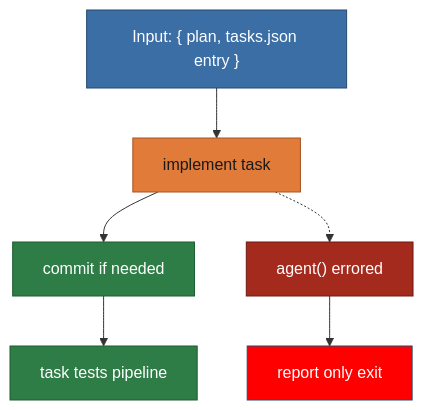
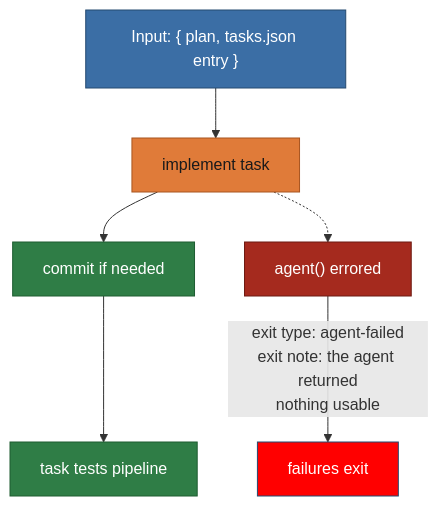
Before and after one commit to matkatmusic/taskTools: the diagram in plans/diagram/pipeline-implement.mmd, drawn with Mermaid. The commit also changed 6 other files, not shown here.

Commit message:
more pipeline diagram updates

```diff
--- a/plans/diagram/pipeline-implement.mmd
+++ b/plans/diagram/pipeline-implement.mmd
@@ -1,46 +1,49 @@
 flowchart TB
 %% IMPLEMENT PIPELINE. Split from pipeline-implementTest.mmd.
 %% Input: an accepted plan from the review plan pipeline.
 %% One job: write the code and commit it.
 %% Starts at "implement task". Ends with committed work.
 %% Rules that apply everywhere, not steps:
 %%   1. Every git interaction goes through a script. Never prose.
 %%   2. Every read and write of tasks.json is atomic.
 %%   3. Never update a test that was not created in this task's worktree,
 %%      unless that test is broken or asserts nothing.
 %%   4. "commit if needed" commits nothing when the worktree is clean.
 %%   5. The implementor reads the tasks.json entry, so a pipeline that sends the
 %%      run back here writes what went wrong into the entry first. A bare retry
 %%      would repeat the same mistake.
 %%   6. Every box that touches the working tree operates on every repository
 %%      layer, deepest submodule first, root last.
 %%   7. A script that fails operationally, as opposed to returning a verdict,
 %%      exits the run as run-failed. The task is already active and a worktree
 %%      already exists here, so the exit workflow always runs in full.
 %%   8. The source repo lock is NOT taken here. The rebase preamble pipeline
 %%      takes it, much later.
 %% Exit types this pipeline can produce:
+%%   agent-failed       - an agent returned nothing usable
 %%   run-failed         - a script failed operationally
 %% run-failed is deliberately not drawn as an edge out of every box. It can leave
 %% ANY green box, so drawing it would add one edge per box and hide the flow.
 %% The committed work this pipeline emits is the input to the task tests
 %% pipeline. Two pipelines re-enter here after amending the tasks.json entry:
 %% the task tests pipeline and the review task tests pipeline.
 
   ACCEPTED_PLAN_INPUT["Input: { plan, tasks.json entry }"] --> IMPLEMENT_TASK
   IMPLEMENT_TASK["implement task"] --> COMMIT_IF_NEEDED["commit if needed"]
   COMMIT_IF_NEEDED --> TASK_TESTS_PIPELINE["task tests pipeline"]
-  IMPLEMENT_TASK -.-> AGENT_ERRORED["agent() errored"] --> REPORT_ONLY_EXIT["report only exit"]
+  IMPLEMENT_TASK -.-> AGENT_ERRORED["agent() errored"] -- "exit type: agent-failed<br/>exit note: the agent returned<br/>nothing usable" --> EXIT_WORKFLOW
+
+  EXIT_WORKFLOW["failures exit"]
 
   classDef pipeline fill:#2f7d46,stroke:#1e5c31,color:#ffffff
   classDef script fill:#2f7d46,stroke:#1e5c31,color:#ffffff
   classDef agent fill:#e07b39,stroke:#a8541f,color:#1a1a1a
   classDef output fill:#3b6ea5,stroke:#254a70,color:#ffffff
   classDef fail fill:red,stroke:#254a70,color:#ffffff
   classDef nopass fill:#a52a1e,stroke:#6d1a12,color:#ffffff
   class COMMIT_IF_NEEDED script
   class TASK_TESTS_PIPELINE pipeline
   class IMPLEMENT_TASK agent
   class AGENT_ERRORED nopass
-  class REPORT_ONLY_EXIT fail
+  class EXIT_WORKFLOW fail
   class ACCEPTED_PLAN_INPUT output
```
